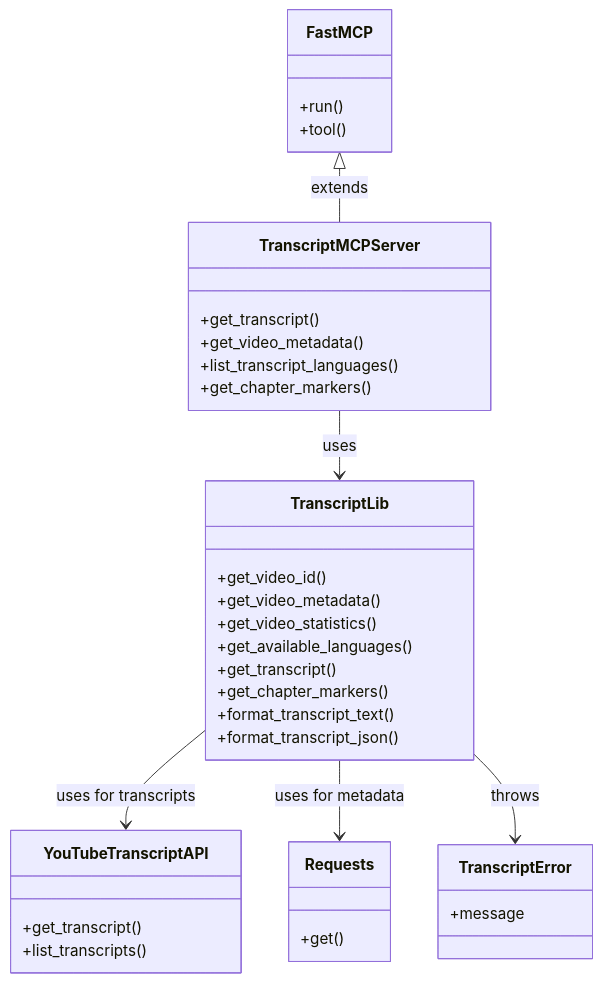
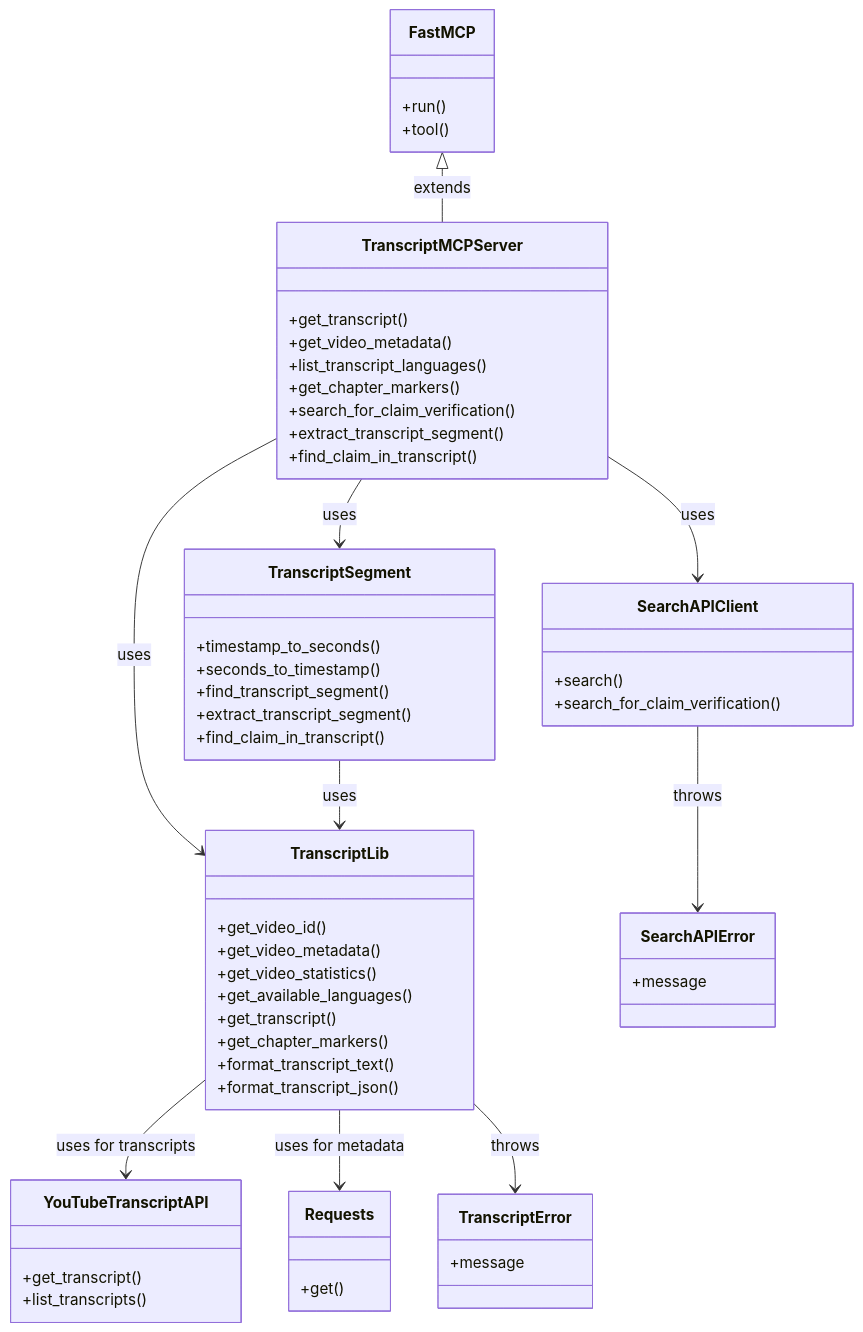
One commit to palvindersander/youtube-transcript-mcp changed the second of 3 diagrams in docs/developer_guide.md. Above: the diagram before and after it, drawn with Mermaid. The commit also changed other lines of this file and 2 other files, not shown here.

Commit message:
Update documentation with fact-checking architecture, design principles, and learnings

````diff
--- a/docs/developer_guide.md
+++ b/docs/developer_guide.md
@@ -47,44 +47,68 @@
 ```mermaid
 classDiagram
     class FastMCP {
         +run()
         +tool()
     }
     
     class TranscriptMCPServer {
         +get_transcript()
         +get_video_metadata()
         +list_transcript_languages()
         +get_chapter_markers()
+        +search_for_claim_verification()
+        +extract_transcript_segment()
+        +find_claim_in_transcript()
     }
     
     class TranscriptLib {
         +get_video_id()
         +get_video_metadata()
         +get_video_statistics()
         +get_available_languages()
         +get_transcript()
         +get_chapter_markers()
         +format_transcript_text()
         +format_transcript_json()
+    }
+    
+    class TranscriptSegment {
+        +timestamp_to_seconds()
+        +seconds_to_timestamp()
+        +find_transcript_segment()
+        +extract_transcript_segment()
+        +find_claim_in_transcript()
+    }
+    
+    class SearchAPIClient {
+        +search()
+        +search_for_claim_verification()
     }
     
     class YouTubeTranscriptAPI {
         +get_transcript()
         +list_transcripts()
     }
     
     class Requests {
         +get()
     }
     
     class TranscriptError {
         +message
     }
     
+    class SearchAPIError {
+        +message
+    }
+    
     FastMCP <|-- TranscriptMCPServer : extends
     TranscriptMCPServer --> TranscriptLib : uses
+    TranscriptMCPServer --> TranscriptSegment : uses
+    TranscriptMCPServer --> SearchAPIClient : uses
     TranscriptLib --> YouTubeTranscriptAPI : uses for transcripts
     TranscriptLib --> Requests : uses for metadata
     TranscriptLib --> TranscriptError : throws
+    SearchAPIClient --> SearchAPIError : throws
+    TranscriptSegment --> TranscriptLib : uses
 ```
````
